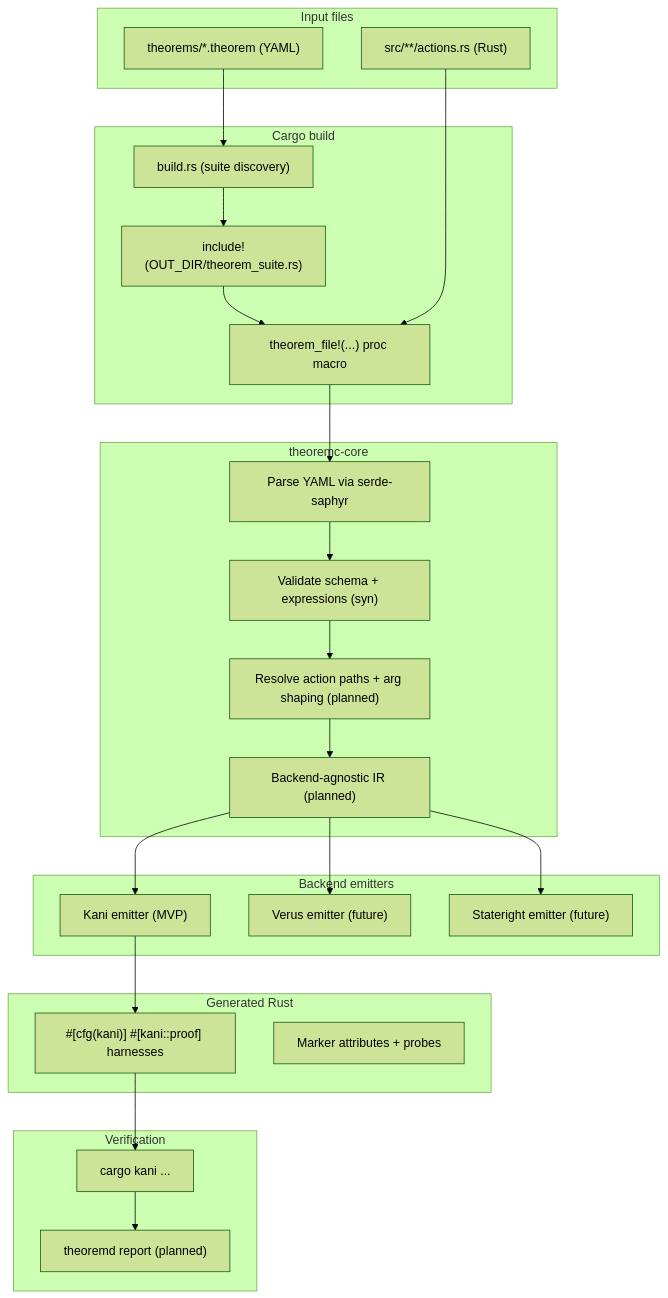
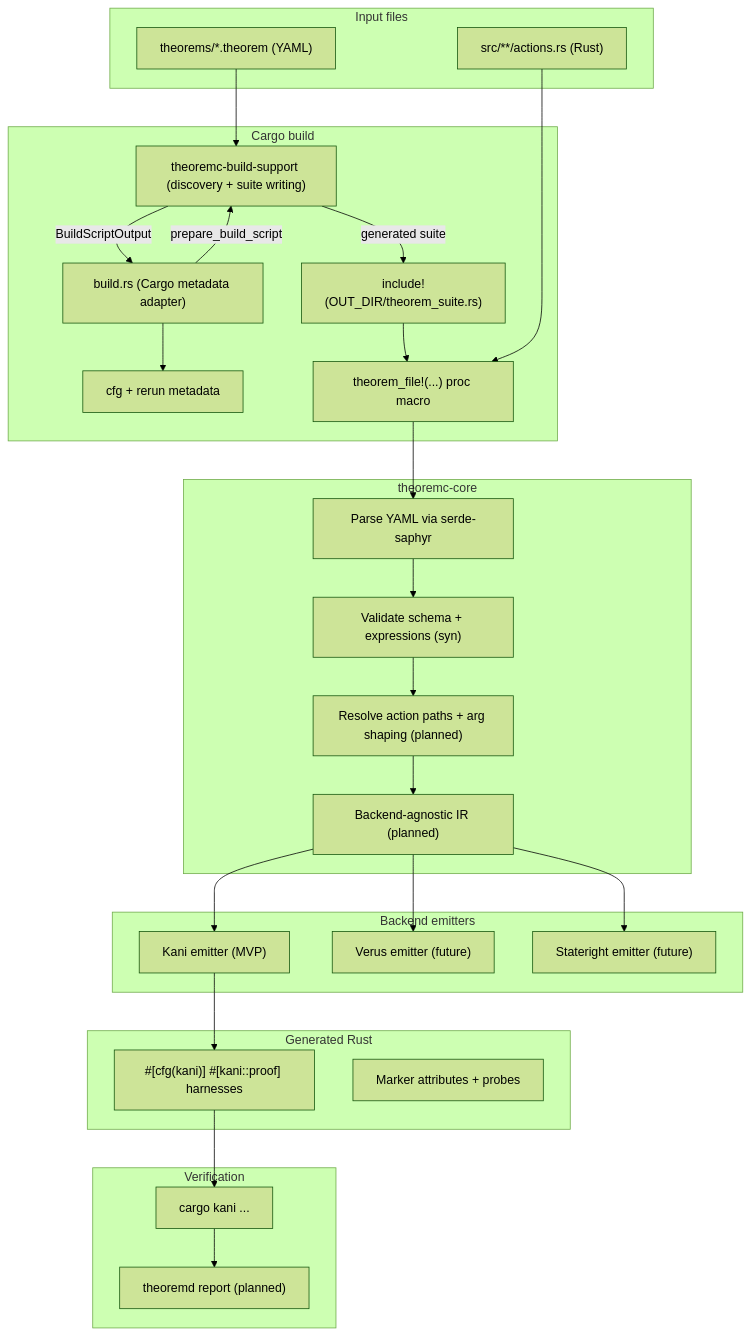
The first of 6 diagrams in docs/theoremc-design.md (leynos/theoremc), drawn with Mermaid (forest theme) before and after one commit. The commit also changed other lines of this file and 7 other files, not shown here.

First line of the commit message:
Resolve build-support review findings (#49)

````diff
--- a/docs/theoremc-design.md
+++ b/docs/theoremc-design.md
@@ -113,43 +115,49 @@
 ```mermaid
 flowchart TD
   subgraph Files["Input files"]
     T["theorems/*.theorem (YAML)"]
     A["src/**/actions.rs (Rust)"]
   end
 
   subgraph Cargo["Cargo build"]
-    BS["build.rs (suite discovery)"]
+    BS["build.rs (Cargo metadata adapter)"]
+    SUP["theoremc-build-support (discovery + suite writing)"]
+    META["cfg + rerun metadata"]
     INC["include!(OUT_DIR/theorem_suite.rs)"]
     PM["theorem_file!(...) proc macro"]
   end
 
   subgraph Core["theoremc-core"]
     P["Parse YAML via serde-saphyr"]
     V["Validate schema + expressions (syn)"]
     R["Resolve action paths + arg shaping (planned)"]
     IR["Backend-agnostic IR (planned)"]
   end
 
   subgraph Emit["Backend emitters"]
     K["Kani emitter (MVP)"]
     V2["Verus emitter (future)"]
     S["Stateright emitter (future)"]
   end
 
   subgraph Gen["Generated Rust"]
     H["#[cfg(kani)] #[kani::proof] harnesses"]
     M["Marker attributes + probes"]
   end
 
   subgraph Run["Verification"]
     CK["cargo kani ..."]
     REP["theoremd report (planned)"]
   end
 
-  T --> BS --> INC --> PM
+  T --> SUP
+  BS -->|prepare_build_script| SUP
+  SUP -->|BuildScriptOutput| BS
+  SUP -->|generated suite| INC --> PM
+  BS --> META
   A --> PM
   PM --> P --> V --> R --> IR
   IR --> K --> H --> CK --> REP
   IR --> V2
   IR --> S
 ```
````
